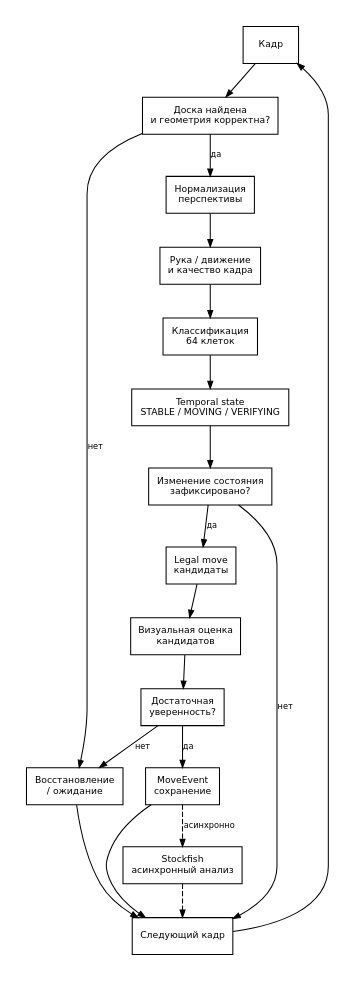
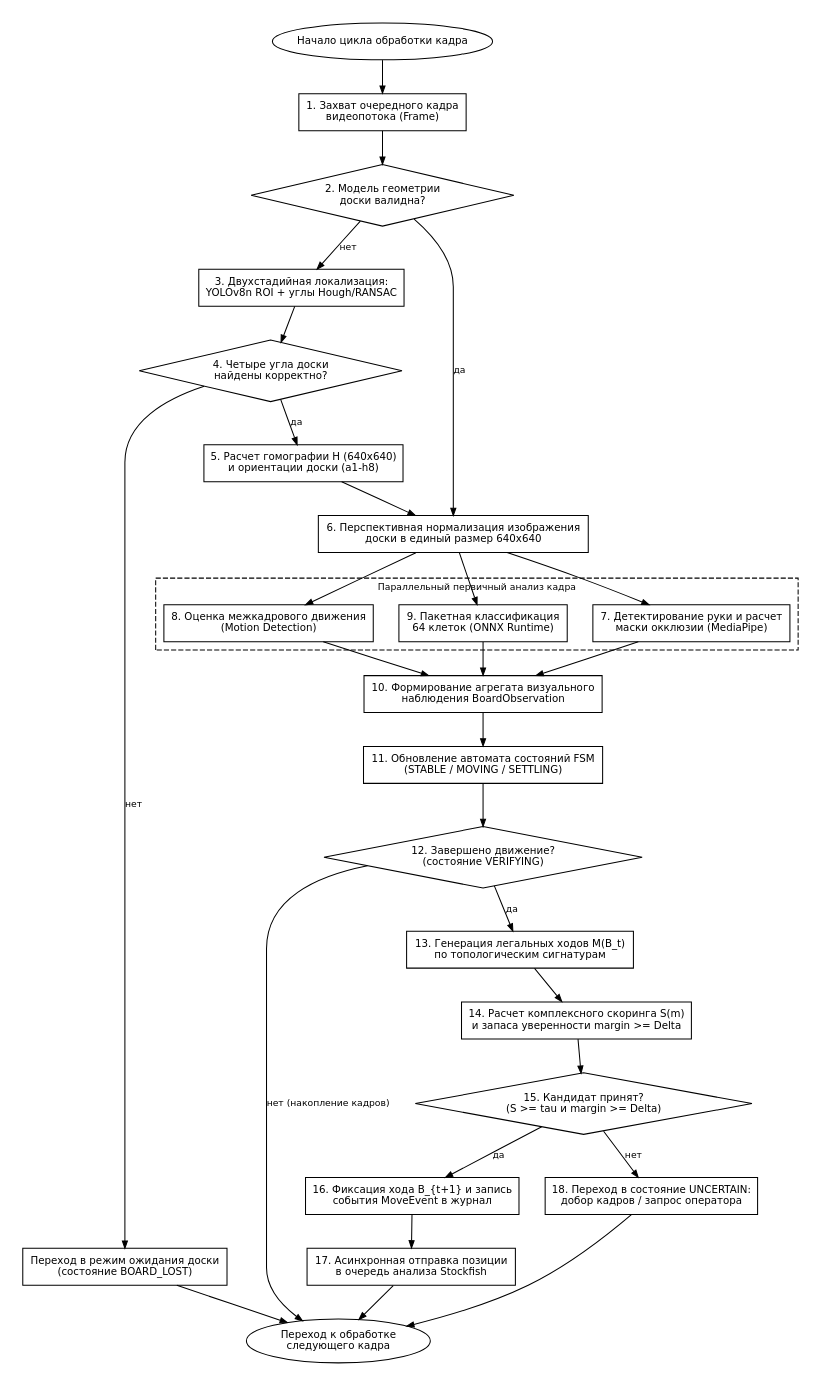
The diagram in explanatory note/picture/design_figures/full_cycle.dot (Ectrald/Chess-game-recording-system), drawn with Graphviz before and after one commit. The commit also changed 37 other files, not shown here.

```diff
--- a/explanatory note/picture/design_figures/full_cycle.dot
+++ b/explanatory note/picture/design_figures/full_cycle.dot
@@ -1,39 +1,73 @@
-digraph G {
-  graph [rankdir=TB, bgcolor="white", pad="0.25", nodesep="0.3", ranksep="0.45", fontname="DejaVu Sans"];
-  node [shape=box, style="filled", fillcolor="white", color="black", fontcolor="black", fontname="DejaVu Sans", fontsize=9, margin="0.11,0.07"];
-  edge [color="black", fontcolor="black", fontname="DejaVu Sans", fontsize=8, arrowsize=0.7];
+digraph FullCycle {
+  graph [rankdir=TB, bgcolor="white", pad="0.2", nodesep="0.35", ranksep="0.45", fontname="DejaVu Sans"];
+  node [color="black", fontcolor="black", fontname="DejaVu Sans", fontsize=10];
+  edge [color="black", fontcolor="black", fontname="DejaVu Sans", fontsize=9, arrowsize=0.7];
 
-  f0 [label="Кадр"];
-  f1 [label="Доска найдена\nи геометрия корректна?"]; 
-  f2 [label="Нормализация\nперспективы"];
-  f3 [label="Рука / движение\nи качество кадра"];
-  f4 [label="Классификация\n64 клеток"];
-  f5 [label="Temporal state\nSTABLE / MOVING / VERIFYING"];
-  f6 [label="Изменение состояния\nзафиксировано?"];
-  f7 [label="Legal move\nкандидаты"];
-  f8 [label="Визуальная оценка\nкандидатов"];
-  f9 [label="Достаточная\nуверенность?"];
-  f10 [label="MoveEvent\nсохранение"];
-  f11 [label="Stockfish\nасинхронный анализ"];
-  f12 [label="Следующий кадр"];
-  f13 [label="Восстановление\n/ ожидание"];
+  start [shape=oval, label="Начало цикла обработки кадра", style="filled", fillcolor="white"];
+  frame [shape=box, label="1. Захват очередного кадра\nвидеопотока (Frame)", style="filled", fillcolor="white"];
+  check_geom [shape=diamond, label="2. Модель геометрии\nдоски валидна?", style="filled", fillcolor="white"];
+  
+  localize [shape=box, label="3. Двухстадийная локализация:\nYOLOv8n ROI + углы Hough/RANSAC", style="filled", fillcolor="white"];
+  check_corners [shape=diamond, label="4. Четыре угла доски\nнайдены корректно?", style="filled", fillcolor="white"];
+  homography [shape=box, label="5. Расчет гомографии H (640x640)\nи ориентации доски (a1-h8)", style="filled", fillcolor="white"];
+  board_lost [shape=box, label="Переход в режим ожидания доски\n(состояние BOARD_LOST)", style="filled", fillcolor="white"];
 
-  f0 -> f1;
-  f1 -> f2 [label="да"];
-  f1 -> f13 [label="нет"];
-  f2 -> f3;
-  f3 -> f4;
-  f4 -> f5;
-  f5 -> f6;
-  f6 -> f7 [label="да"];
-  f6 -> f12 [label="нет"];
-  f7 -> f8;
-  f8 -> f9;
-  f9 -> f10 [label="да"];
-  f9 -> f13 [label="нет"];
-  f10 -> f11 [style=dashed, label="асинхронно"];
-  f10 -> f12;
-  f11 -> f12 [style=dashed];
-  f13 -> f12;
-  f12 -> f0;
+  rectify [shape=box, label="6. Перспективная нормализация изображения\nдоски в единый размер 640x640", style="filled", fillcolor="white"];
+  
+  subgraph cluster_perception {
+    label="Параллельный первичный анализ кадра";
+    color="black"; style="dashed"; fontcolor="black"; fontsize=9;
+    hand [shape=box, label="7. Детектирование руки и расчет\nмаски окклюзии (MediaPipe)", style="filled", fillcolor="white"];
+    motion [shape=box, label="8. Оценка межкадрового движения\n(Motion Detection)", style="filled", fillcolor="white"];
+    classify [shape=box, label="9. Пакетная классификация\n64 клеток (ONNX Runtime)", style="filled", fillcolor="white"];
+  }
+  
+  obs [shape=box, label="10. Формирование агрегата визуального\nнаблюдения BoardObservation", style="filled", fillcolor="white"];
+  fsm [shape=box, label="11. Обновление автомата состояний FSM\n(STABLE / MOVING / SETTLING)", style="filled", fillcolor="white"];
+  
+  check_verifying [shape=diamond, label="12. Завершено движение?\n(состояние VERIFYING)", style="filled", fillcolor="white"];
+  
+  candidates [shape=box, label="13. Генерация легальных ходов M(B_t)\nпо топологическим сигнатурам", style="filled", fillcolor="white"];
+  score [shape=box, label="14. Расчет комплексного скоринга S(m)\nи запаса уверенности margin >= Delta", style="filled", fillcolor="white"];
+  
+  check_accepted [shape=diamond, label="15. Кандидат принят?\n(S >= tau и margin >= Delta)", style="filled", fillcolor="white"];
+  
+  commit [shape=box, label="16. Фиксация хода B_{t+1} и запись\nсобытия MoveEvent в журнал", style="filled", fillcolor="white"];
+  async_sf [shape=box, label="17. Асинхронная отправка позиции\nв очередь анализа Stockfish", style="filled", fillcolor="white"];
+  
+  uncertain [shape=box, label="18. Переход в состояние UNCERTAIN:\nдобор кадров / запрос оператора", style="filled", fillcolor="white"];
+  
+  next_frame [shape=oval, label="Переход к обработке\nследующего кадра", style="filled", fillcolor="white"];
+
+  start -> frame;
+  frame -> check_geom;
+  check_geom -> rectify [label="да"];
+  check_geom -> localize [label="нет"];
+  localize -> check_corners;
+  check_corners -> homography [label="да"];
+  check_corners -> board_lost [label="нет"];
+  board_lost -> next_frame;
+  homography -> rectify;
+
+  rectify -> hand;
+  rectify -> motion;
+  rectify -> classify;
+  
+  hand -> obs;
+  motion -> obs;
+  classify -> obs;
+  
+  obs -> fsm;
+  fsm -> check_verifying;
+  check_verifying -> candidates [label="да"];
+  check_verifying -> next_frame [label="нет (накопление кадров)"];
+  
+  candidates -> score;
+  score -> check_accepted;
+  check_accepted -> commit [label="да"];
+  check_accepted -> uncertain [label="нет"];
+  
+  commit -> async_sf;
+  async_sf -> next_frame;
+  uncertain -> next_frame;
 }
```
